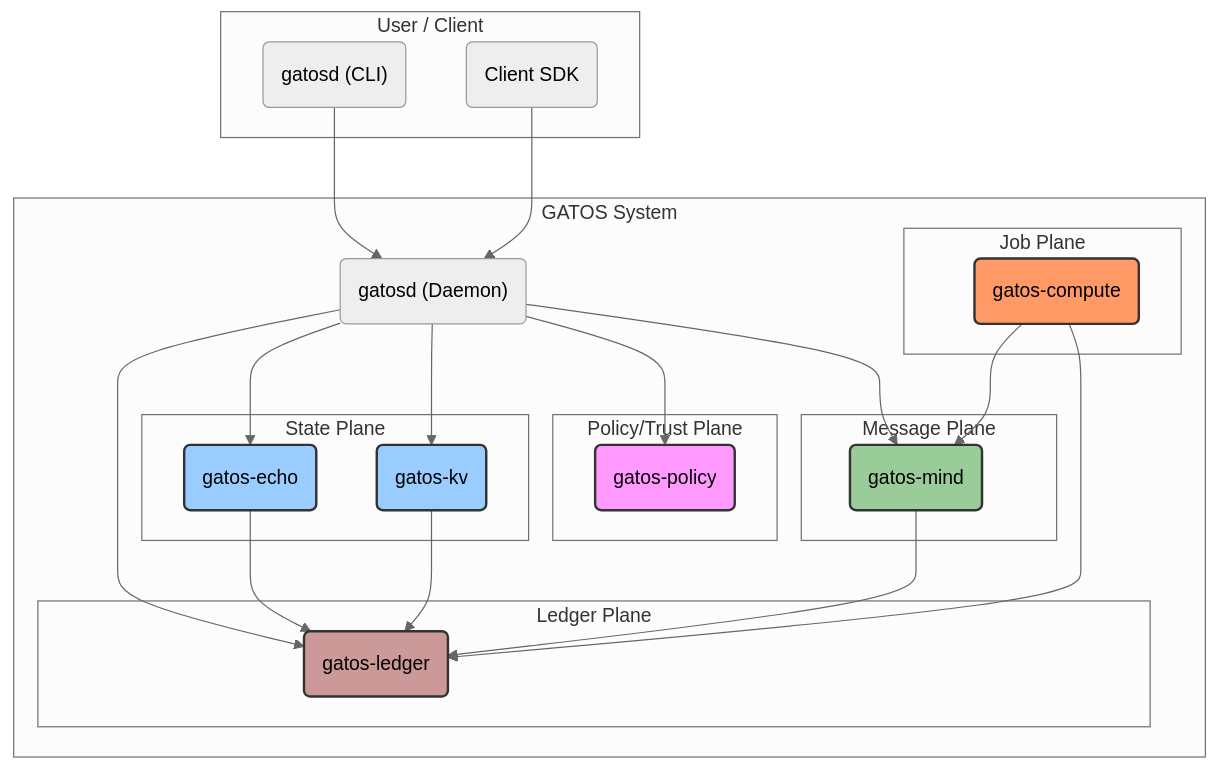
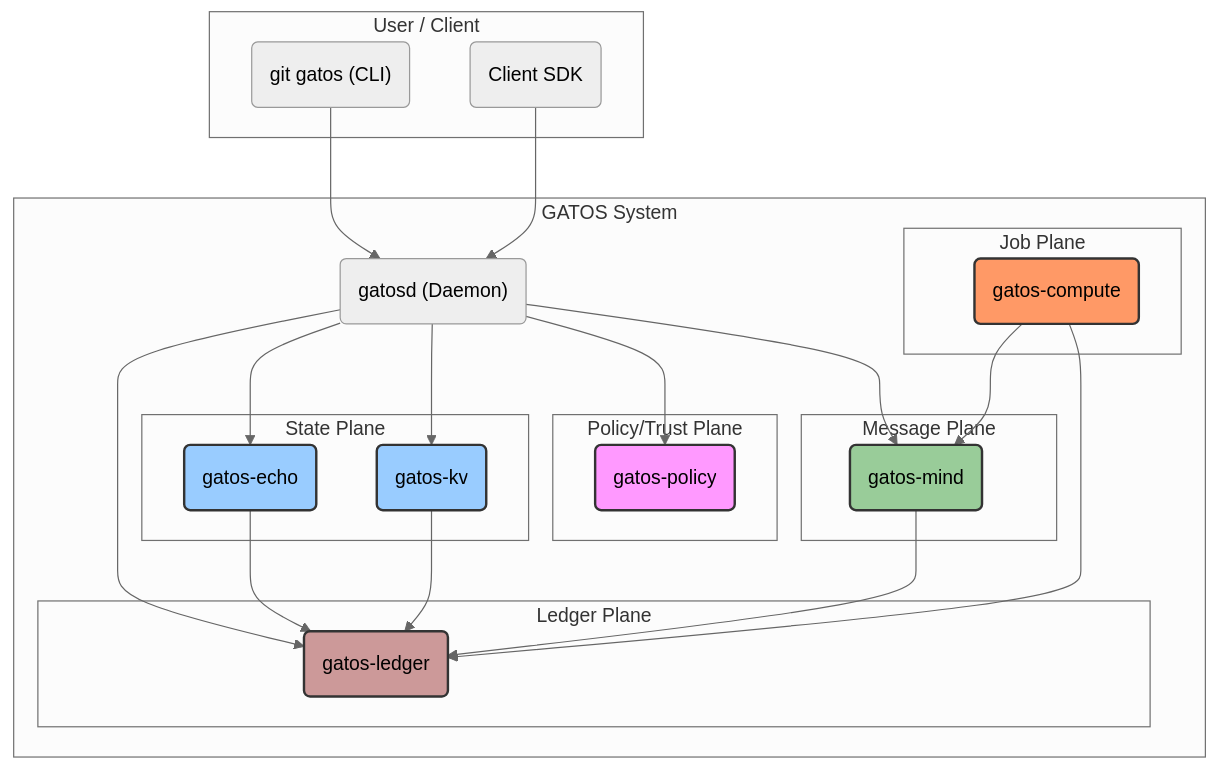
Before and after one commit to flyingrobots/gatos: the second of 16 diagrams in docs/TECH-SPEC.md, drawn with Mermaid (neutral theme). The commit also changed 2 other files, not shown here.

Commit message:
docs(diagrams): canonicalize architecture diagrams — Ledger → Policy/Trust → State → Message → Job; switch CLI labels to 'git gatos (CLI)'

````diff
--- a/docs/TECH-SPEC.md
+++ b/docs/TECH-SPEC.md
@@ -76,54 +76,54 @@
 ```mermaid
 graph TD
     subgraph "User / Client"
-        CLI("gatosd (CLI)")
+        CLI("git gatos (CLI)")
         SDK("Client SDK")
     end
 
     subgraph "GATOS System"
         Daemon("gatosd (Daemon)")
+
+        subgraph "Ledger Plane"
+            Ledger("gatos-ledger");
+        end
 
         subgraph "Policy/Trust Plane"
             Policy("gatos-policy");
         end
 
         subgraph "State Plane"
             Echo("gatos-echo");
             KV("gatos-kv");
         end
 
         subgraph "Message Plane"
             Mind("gatos-mind");
         end
 
         subgraph "Job Plane"
             Compute("gatos-compute");
-        end
-
-        subgraph "Ledger Plane"
-            Ledger("gatos-ledger");
         end
 
         Daemon --> Policy;
         Daemon --> Echo;
         Daemon --> KV;
         Daemon --> Mind;
         Daemon --> Ledger;
 
         Echo --> Ledger;
         KV --> Ledger;
         Mind --> Ledger;
         Compute --> Mind;
         Compute --> Ledger;
     end
 
     CLI --> Daemon;
     SDK --> Daemon;
 
     style Policy fill:#f9f,stroke:#333,stroke-width:2px
     style Echo fill:#9cf,stroke:#333,stroke-width:2px
     style KV fill:#9cf,stroke:#333,stroke-width:2px
     style Mind fill:#9c9,stroke:#333,stroke-width:2px
     style Ledger fill:#c99,stroke:#333,stroke-width:2px
     style Compute fill:#f96,stroke:#333,stroke-width:2px
 ```
````
